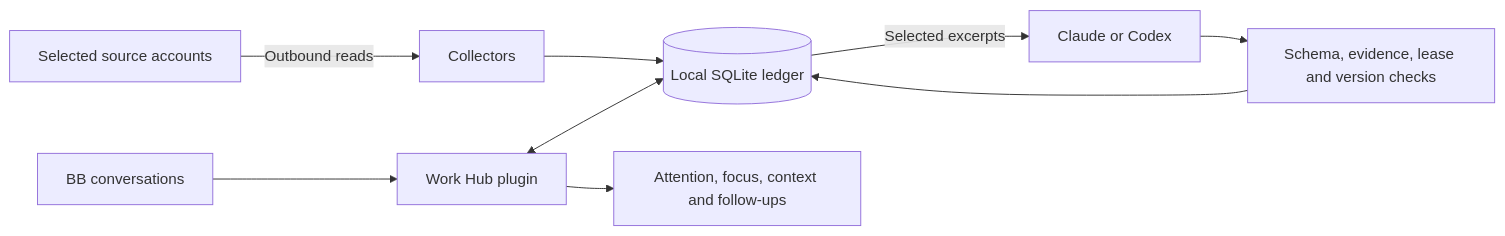
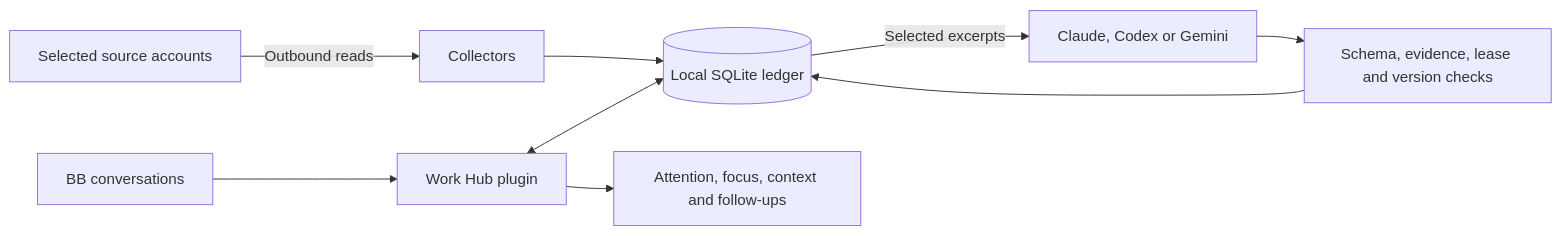
Before and after one commit to indytechcook/work-hub: the first of 2 diagrams in README.md, drawn with Mermaid. The commit also changed other lines of this file and 13 other files, not shown here.

````diff
--- a/README.md
+++ b/README.md
@@ -35,11 +35,11 @@
 ```mermaid
 flowchart LR
   Sources[Selected source accounts] -->|Outbound reads| Collectors
   BB[BB conversations] --> Plugin[Work Hub plugin]
   Collectors --> Ledger[(Local SQLite ledger)]
   Plugin <--> Ledger
-  Ledger -->|Selected excerpts| Model[Claude or Codex]
+  Ledger -->|Selected excerpts| Model[Claude, Codex or Gemini]
   Model --> Checks[Schema, evidence, lease and version checks]
   Checks --> Ledger
   Plugin --> UI[Attention, focus, context and follow-ups]
 ```
````
